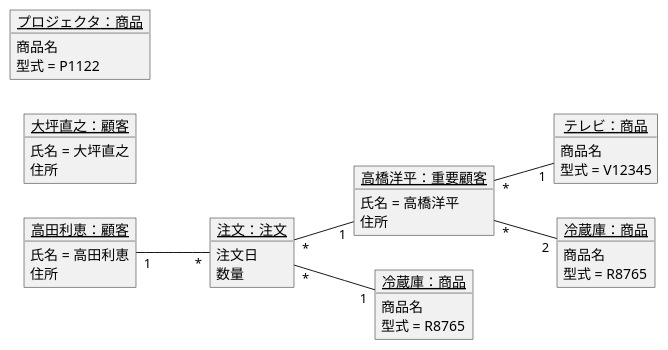
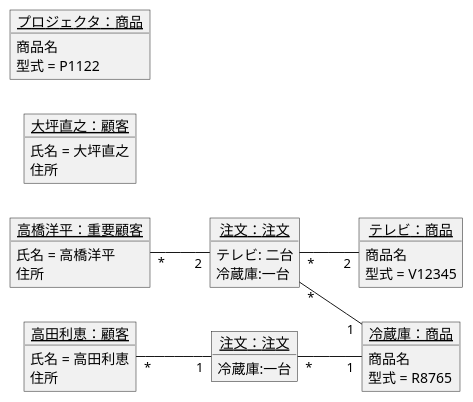
One commit to kuboi0627/unl-introduction changed the diagram in 演習3-7_OBJ_注文のオブジェクト図.pu. Above: the diagram before and after it, drawn with PlantUML.

Commit message:
演習3-7

```diff
--- a/演習3-7_OBJ_注文のオブジェクト図.pu
+++ b/演習3-7_OBJ_注文のオブジェクト図.pu
@@ -1,43 +1,42 @@
 @startuml
 left to right direction
 object "<u>高橋洋平：重要顧客</u>" as k1{
 氏名 = 高橋洋平
 住所
 }
 object "<u>高田利恵：顧客</u>" as k2{
 氏名 = 高田利恵
 住所
 }
 object "<u>大坪直之：顧客</u>" as k3{
 氏名 = 大坪直之
 住所
 }
 object "<u>テレビ：商品</u>" as s1{
 商品名
 型式 = V12345
 }
 object "<u>冷蔵庫：商品</u>" as s2{
 商品名
 型式 = R8765
 }
 object "<u>プロジェクタ：商品</u>" as s3{
 商品名
 型式 = P1122
 }
 object "<u>注文：注文</u>" as t1{
-注文日
-数量
+    テレビ: 二台
+    冷蔵庫:一台
 }
 
-object "<u>冷蔵庫：商品</u>" as s4{
-商品名
-型式 = R8765
+object "<u>注文：注文</u>" as t2{
+    冷蔵庫:一台
 }
 
-k2 "1"--"*" t1
-k1 "*"--"2" s2
-t1 "*"--"1" k1
-k1 "*"--"1" s1
-t1 "*"--"1" s4
+k1 "*"--"2" t1
+t1 "*"--"2" s1
+t1 "*"--"1" s2
+k2 "*"--"1" t2
+t2 "*"--"1" s2
 
 @enduml
```
